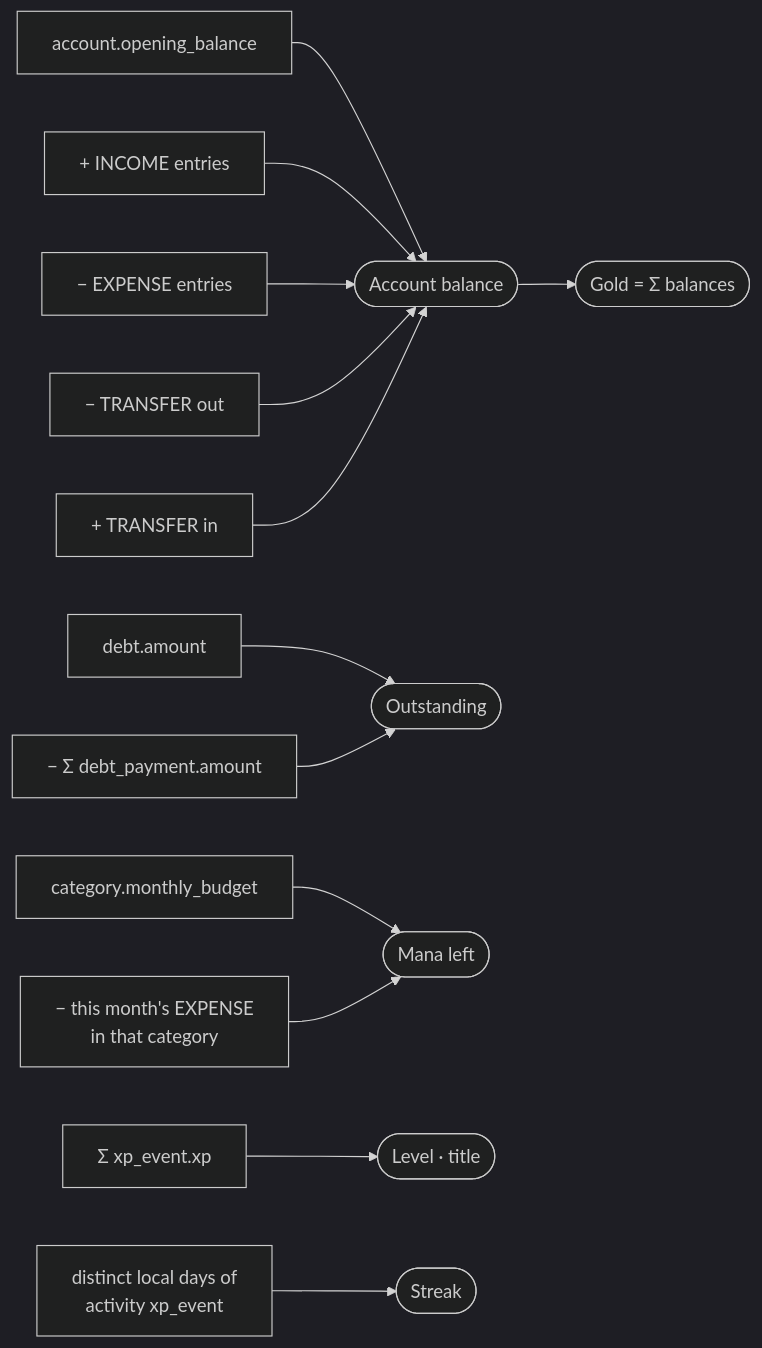
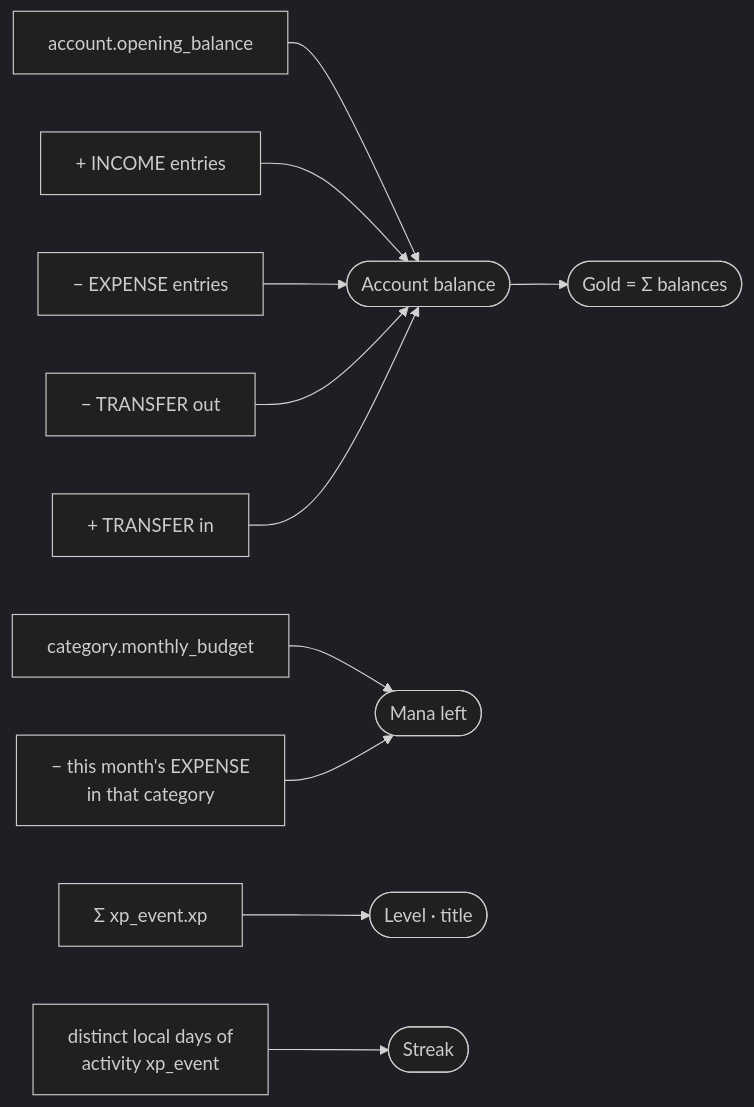
Before and after one commit to Morker/krugworld: the sixth of 6 diagrams in docs/DATABASE.md, drawn with Mermaid (dark theme). The commit also changed other lines of this file and 26 other files, not shown here.

````diff
--- a/docs/DATABASE.md
+++ b/docs/DATABASE.md
@@ -234,18 +228,15 @@
 ```mermaid
 flowchart LR
     ob["account.opening_balance"] --> bal(["Account balance"])
     inc["+ INCOME entries"] --> bal
     exp["− EXPENSE entries"] --> bal
     tout["− TRANSFER out"] --> bal
     tin["+ TRANSFER in"] --> bal
     bal --> gold(["Gold = Σ balances"])
 
-    damt["debt.amount"] --> out(["Outstanding"])
-    pays["− Σ debt_payment.amount"] --> out
-
     bud["category.monthly_budget"] --> left(["Mana left"])
     spent["− this month's EXPENSE<br/>in that category"] --> left
 
     xps["Σ xp_event.xp"] --> lvl(["Level · title"])
     days["distinct local days of<br/>activity xp_event"] --> stk(["Streak"])
 ```
````
